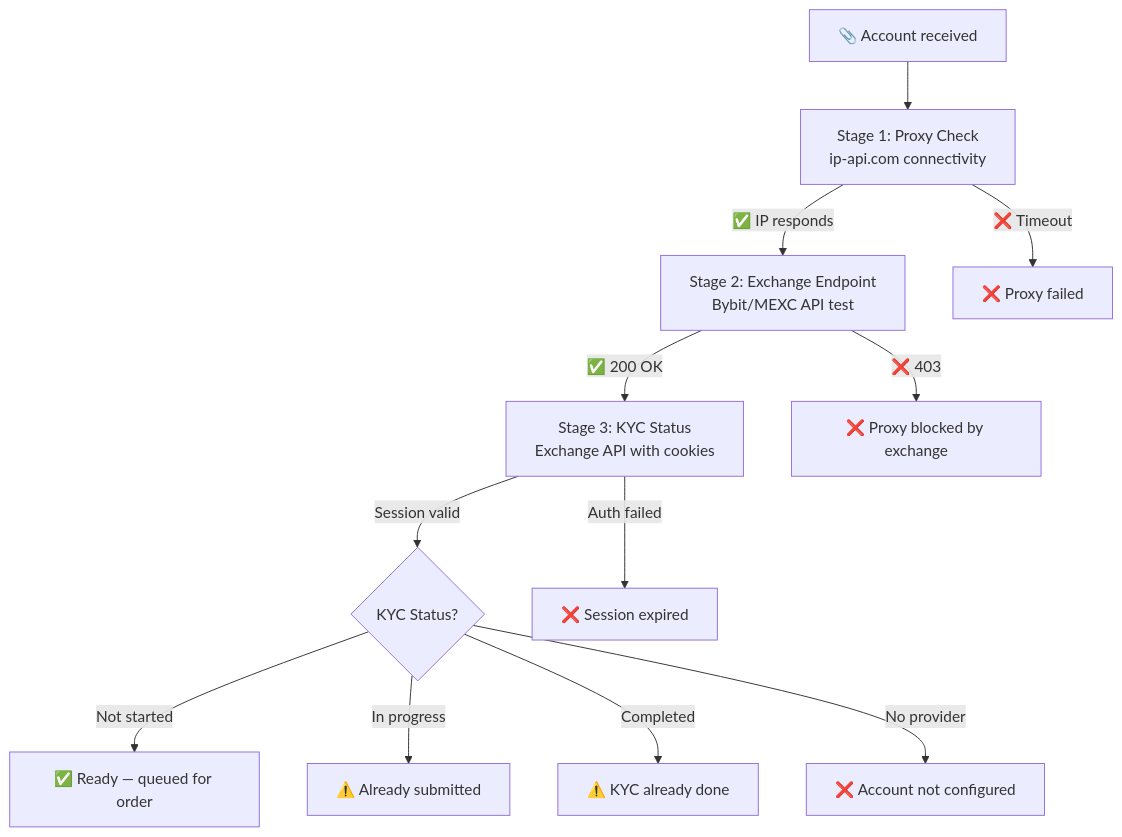
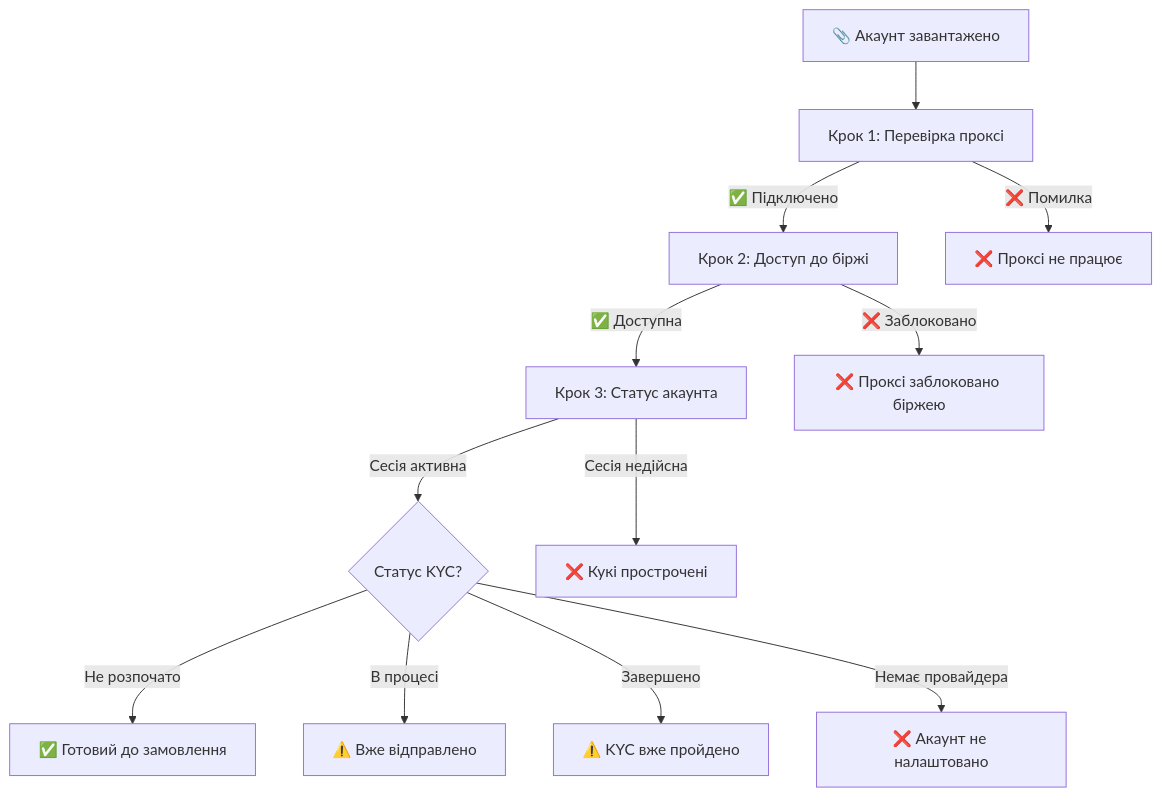
Before and after one commit to AutoPilotSoftware/docs: the third of 8 diagrams in src/content/docs/ua/pilot-faq.md, drawn with Mermaid. The commit also changed other lines of this file and 2 other files, not shown here.

First line of the commit message:
Simplify and localize all pilot-faq diagrams across RU/EN/UA

````diff
--- a/src/content/docs/ua/pilot-faq.md
+++ b/src/content/docs/ua/pilot-faq.md
@@ -219,18 +215,18 @@
 ```mermaid
 flowchart TD
-    A["📎 Account received"] --> B["Stage 1: Proxy Check\nip-api.com connectivity"]
+    A["📎 Акаунт завантажено"] --> B["Крок 1: Перевірка проксі"]
 
-    B -->|"✅ IP responds"| C["Stage 2: Exchange Endpoint\nBybit/MEXC API test"]
-    B -->|"❌ Timeout"| X1["❌ Proxy failed"]
+    B -->|"✅ Підключено"| C["Крок 2: Доступ до біржі"]
+    B -->|"❌ Помилка"| X1["❌ Проксі не працює"]
 
-    C -->|"✅ 200 OK"| D["Stage 3: KYC Status\nExchange API with cookies"]
-    C -->|"❌ 403"| X2["❌ Proxy blocked by exchange"]
+    C -->|"✅ Доступна"| D["Крок 3: Статус акаунта"]
+    C -->|"❌ Заблоковано"| X2["❌ Проксі заблоковано біржею"]
 
-    D -->|"Session valid"| E{"KYC Status?"}
-    D -->|"Auth failed"| X3["❌ Session expired"]
+    D -->|"Сесія активна"| E{"Статус KYC?"}
+    D -->|"Сесія недійсна"| X3["❌ Кукі прострочені"]
 
-    E -->|"Not started"| F["✅ Ready — queued for order"]
-    E -->|"In progress"| G["⚠️ Already submitted"]
-    E -->|"Completed"| H["⚠️ KYC already done"]
-    E -->|"No provider"| X4["❌ Account not configured"]
+    E -->|"Не розпочато"| F["✅ Готовий до замовлення"]
+    E -->|"В процесі"| G["⚠️ Вже відправлено"]
+    E -->|"Завершено"| H["⚠️ KYC вже пройдено"]
+    E -->|"Немає провайдера"| X4["❌ Акаунт не налаштовано"]
 ```
````
